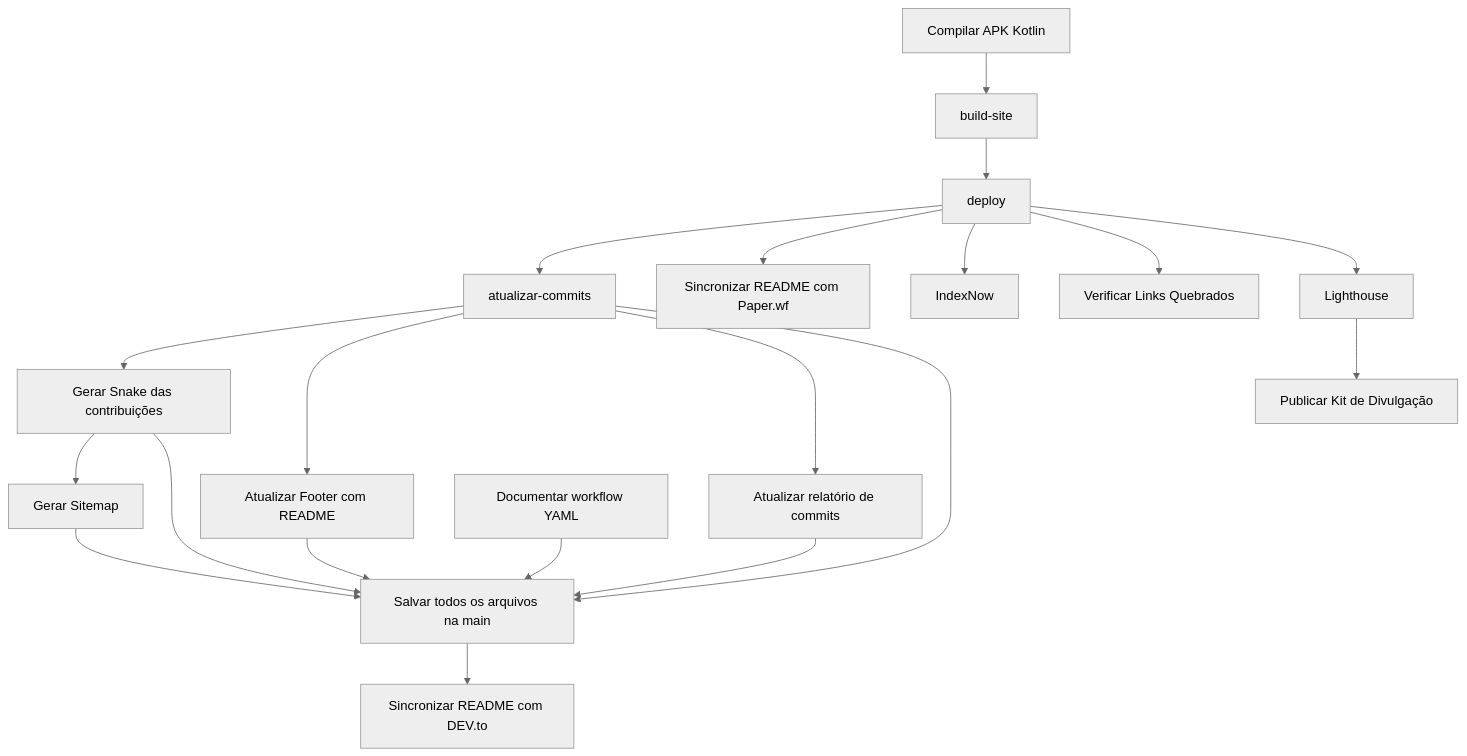
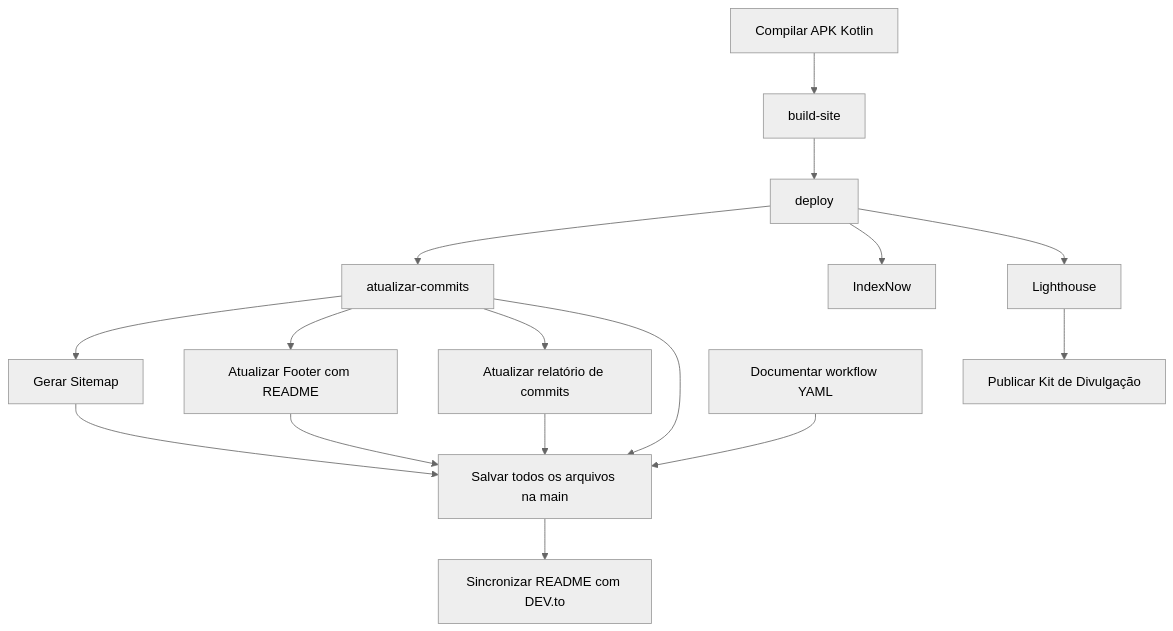
Before and after one commit to mulher-amparada/mulher-amparada-app: the diagram in pesquisas/workflow.md, drawn with Mermaid (neutral theme). The commit also changed other lines of this file and 4 other files, not shown here.

````diff
--- a/pesquisas/workflow.md
+++ b/pesquisas/workflow.md
@@ -33,38 +30,31 @@
 ```mermaid
 flowchart TD
     job_build["Compilar APK Kotlin"]
     job_build_site["build-site"]
     job_deploy["deploy"]
     job_atualizar_commits["atualizar-commits"]
     job_sincronizar_devto["Sincronizar README com DEV.to"]
-    job_sincronizar_paperwf["Sincronizar README com Paper.wf"]
     job_sitemap["Gerar Sitemap"]
     job_indexnow["IndexNow"]
-    job_broken_links["Verificar Links Quebrados"]
     job_lighthouse["Lighthouse"]
-    job_snake["Gerar Snake das contribuições"]
     job_publicar_divulgacao["Publicar Kit de Divulgação"]
     job_atualizar_footer["Atualizar Footer com README"]
     job_atualizar_relatorio_commits["Atualizar relatório de commits"]
     job_pesquisar_projeto["Documentar workflow YAML"]
     job_salvar_na_main["Salvar todos os arquivos na main"]
     job_build --> job_build_site
     job_build_site --> job_deploy
     job_deploy --> job_atualizar_commits
     job_salvar_na_main --> job_sincronizar_devto
-    job_deploy --> job_sincronizar_paperwf
-    job_snake --> job_sitemap
+    job_atualizar_commits --> job_sitemap
     job_deploy --> job_indexnow
-    job_deploy --> job_broken_links
     job_deploy --> job_lighthouse
-    job_atualizar_commits --> job_snake
     job_lighthouse --> job_publicar_divulgacao
     job_atualizar_commits --> job_atualizar_footer
     job_atualizar_commits --> job_atualizar_relatorio_commits
     job_atualizar_commits --> job_salvar_na_main
-    job_snake --> job_salvar_na_main
     job_sitemap --> job_salvar_na_main
     job_atualizar_footer --> job_salvar_na_main
     job_atualizar_relatorio_commits --> job_salvar_na_main
     job_pesquisar_projeto --> job_salvar_na_main
 ```
````
